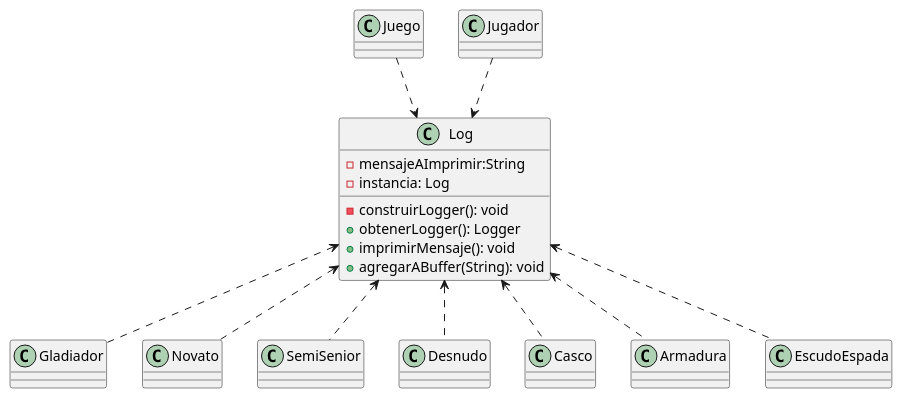
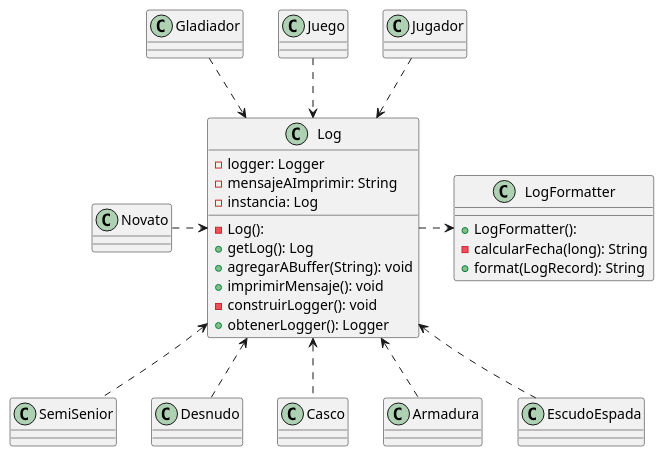
The diagram in diagrams/clases/relacionLogConModelo.puml (mcumskov/Algo3_tp2), drawn with PlantUML before and after one commit. The commit also changed 3 other files, not shown here.

Commit message:
mas cambios diagramas

```diff
--- a/diagrams/clases/relacionLogConModelo.puml
+++ b/diagrams/clases/relacionLogConModelo.puml
@@ -1,23 +1,33 @@
 @startuml
 
-
 class Log {
-  - mensajeAImprimir:String
+  - Log():
+  - logger: Logger
+  - mensajeAImprimir: String
+  - instancia: Log
+  + getLog(): Log
+  + agregarABuffer(String): void
+  + imprimirMensaje(): void
   - construirLogger(): void
   + obtenerLogger(): Logger
-  + imprimirMensaje(): void
-  + agregarABuffer(String): void
-   - instancia: Log
-
 }
 
-Log <-. Gladiador
-Log <-. Novato
+
+
+class LogFormatter {
+  + LogFormatter():
+  - calcularFecha(long): String
+  + format(LogRecord): String
+}
+Log .> LogFormatter
+Gladiador .-> Log
+Novato .> Log
 Log <-. SemiSenior
 Juego .-> Log
 Jugador .-> Log
 Log <-. Desnudo
 Log <-. Casco
 Log <-. Armadura
 Log <-. EscudoEspada
+
 @enduml
```
